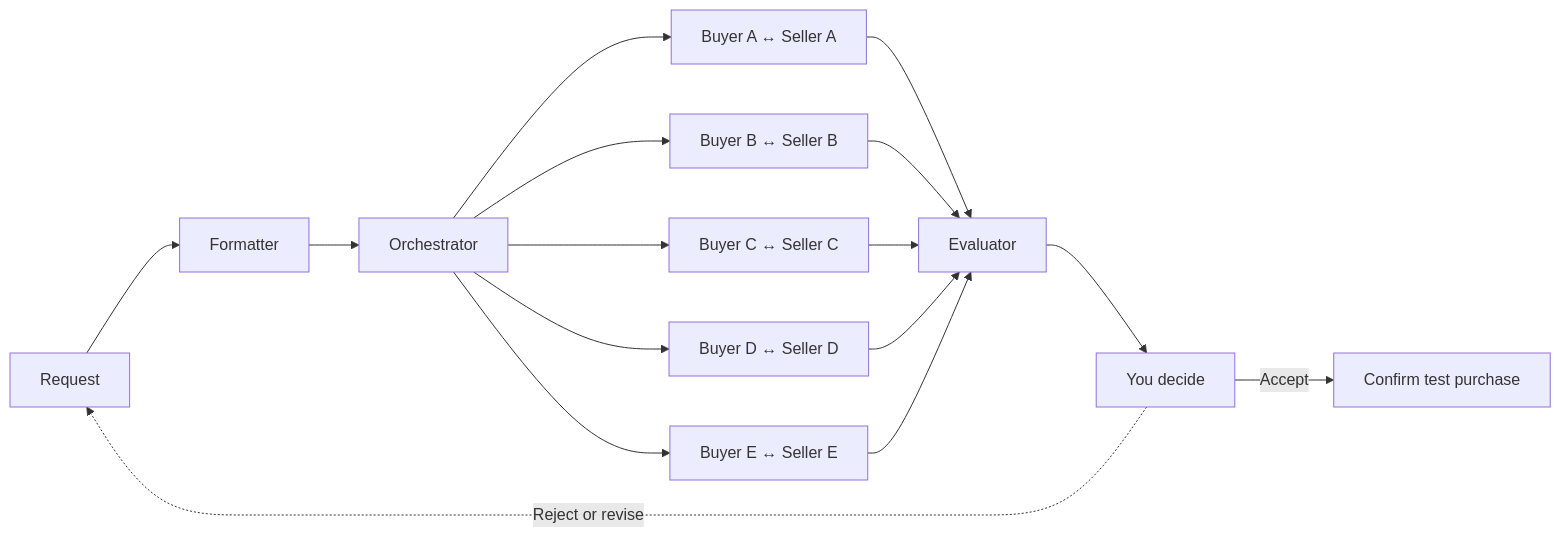
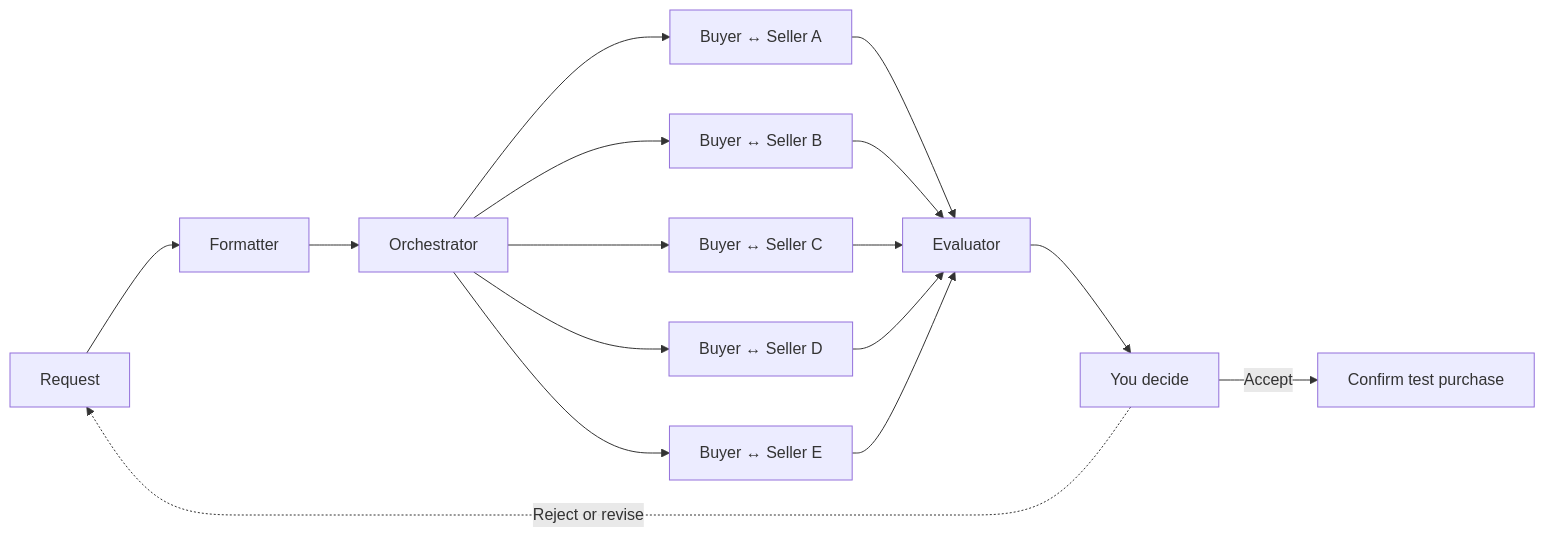
One commit to muen1019/TurnDeal changed the diagram in README.md. Above: the diagram before and after it, drawn with Mermaid.

Commit message:
docs: refine README flow labels

````diff
--- a/README.md
+++ b/README.md
@@ -32,17 +32,17 @@
 ```mermaid
 flowchart LR
     Request --> Formatter --> Orchestrator
-    Orchestrator --> A["Buyer A ↔ Seller A"]
-    Orchestrator --> B["Buyer B ↔ Seller B"]
-    Orchestrator --> C["Buyer C ↔ Seller C"]
-    Orchestrator --> D["Buyer D ↔ Seller D"]
-    Orchestrator --> E["Buyer E ↔ Seller E"]
+    Orchestrator --> A["Buyer ↔ Seller A"]
+    Orchestrator --> B["Buyer ↔ Seller B"]
+    Orchestrator --> C["Buyer ↔ Seller C"]
+    Orchestrator --> D["Buyer ↔ Seller D"]
+    Orchestrator --> E["Buyer ↔ Seller E"]
     A --> Evaluator
     B --> Evaluator
     C --> Evaluator
     D --> Evaluator
     E --> Evaluator
     Evaluator --> Swipe["You decide"]
     Swipe -->|Accept| Purchase["Confirm test purchase"]
     Swipe -.->|Reject or revise| Request
 ```
````
